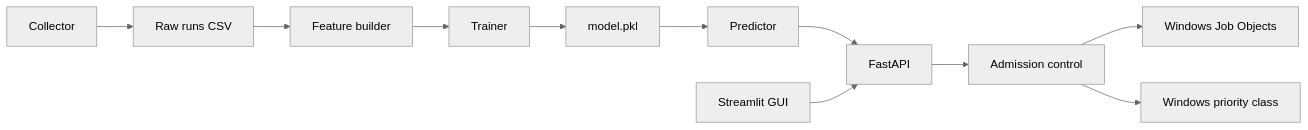
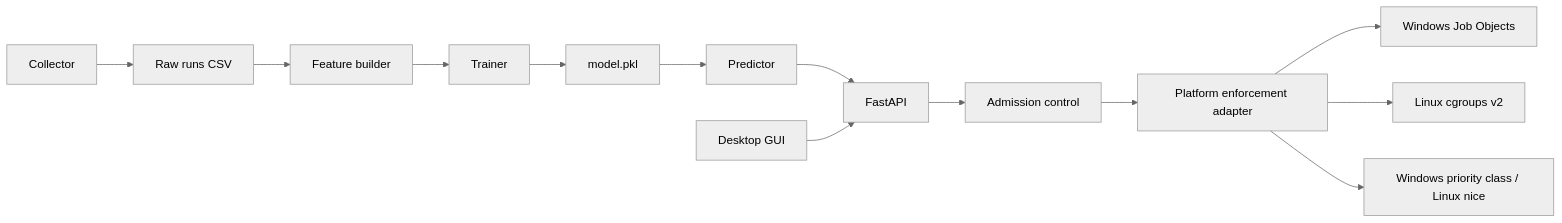
The diagram in README.md (asad-zdt/ai-res), drawn with Mermaid (neutral theme) before and after one commit. The commit also changed other lines of this file and 35 other files, not shown here.

````diff
--- a/README.md
+++ b/README.md
@@ -9,13 +9,15 @@
 ```mermaid
 flowchart LR
     Collector[Collector] --> Raw[Raw runs CSV]
     Raw --> Builder[Feature builder]
     Builder --> Trainer[Trainer]
     Trainer --> Model[model.pkl]
     Model --> Predictor[Predictor]
     Predictor --> API[FastAPI]
     API --> Admission[Admission control]
-    Admission --> Jobs[Windows Job Objects]
-    Admission --> Priority[Windows priority class]
-    GUI[Streamlit GUI] --> API
+    Admission --> OSAdapter[Platform enforcement adapter]
+    OSAdapter --> Jobs[Windows Job Objects]
+    OSAdapter --> Cgroups[Linux cgroups v2]
+    OSAdapter --> Priority[Windows priority class / Linux nice]
+    GUI[Desktop GUI] --> API
 ```
````
